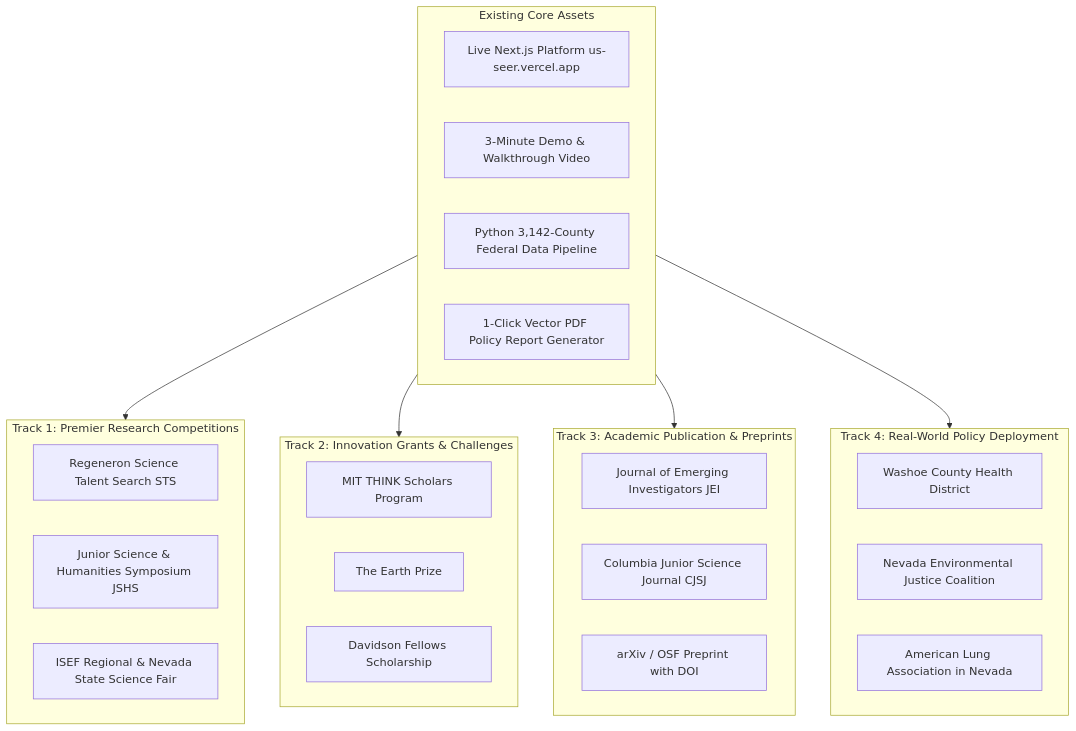
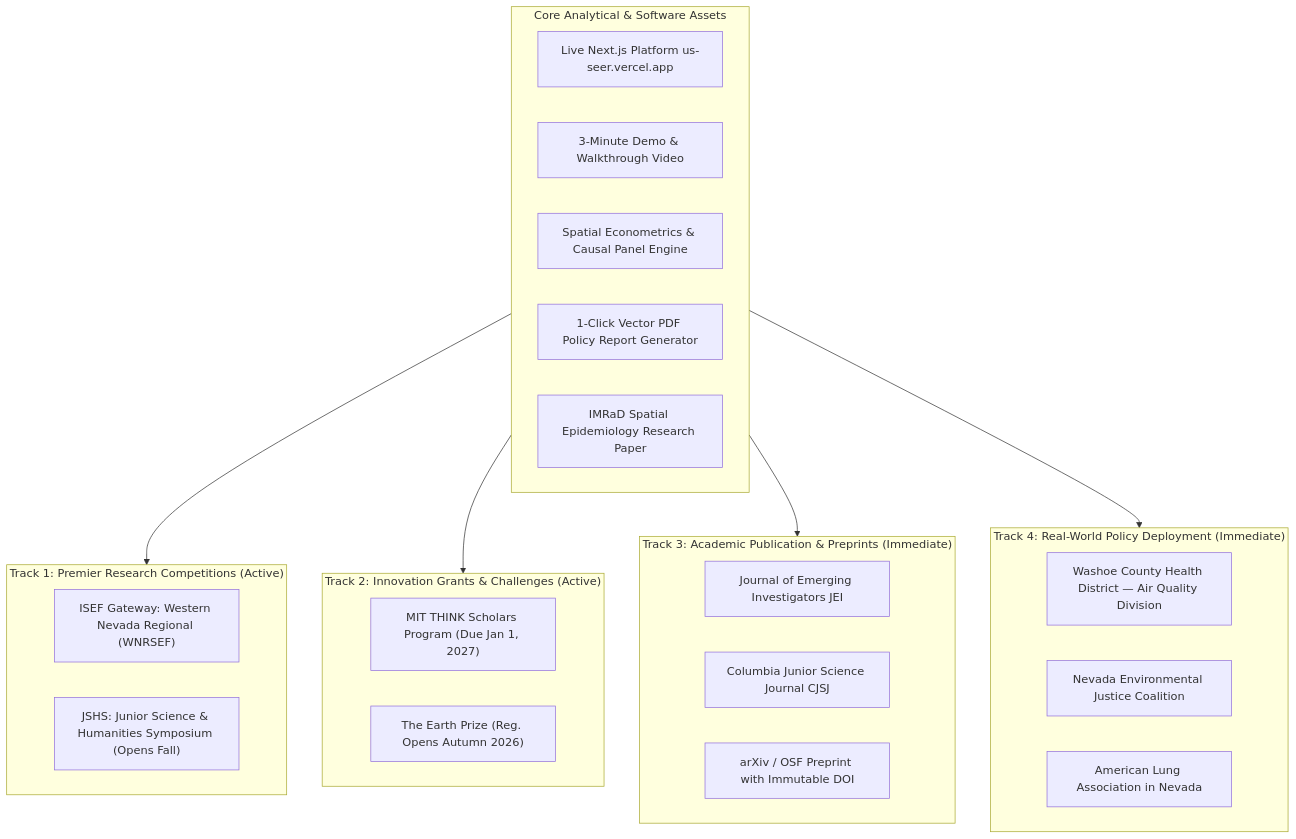
One commit to RushilMahadevu/us-seer changed the first of 3 diagrams in NEXT_STEPS.md. Above: the diagram before and after it, drawn with Mermaid. The commit also changed other lines of this file and 6 other files, not shown here.

````diff
--- a/NEXT_STEPS.md
+++ b/NEXT_STEPS.md
@@ -17,38 +17,37 @@
 ```mermaid
 flowchart TD
-    subgraph Assets["Existing Core Assets"]
+    subgraph Assets["Core Analytical & Software Assets"]
         A1[Live Next.js Platform us-seer.vercel.app]
         A2[3-Minute Demo & Walkthrough Video]
-        A3[Python 3,142-County Federal Data Pipeline]
+        A3[Spatial Econometrics & Causal Panel Engine]
         A4[1-Click Vector PDF Policy Report Generator]
+        A5[IMRaD Spatial Epidemiology Research Paper]
     end
 
-    subgraph Track1["Track 1: Premier Research Competitions"]
-        T1_1[Regeneron Science Talent Search STS]
-        T1_2[Junior Science & Humanities Symposium JSHS]
-        T1_3[ISEF Regional & Nevada State Science Fair]
+    subgraph Track1["Track 1: Premier Research Competitions (Active)"]
+        T1_1["ISEF Gateway: Western Nevada Regional (WNRSEF)"]
+        T1_2["JSHS: Junior Science & Humanities Symposium (Opens Fall)"]
     end
 
-    subgraph Track2["Track 2: Innovation Grants & Challenges"]
-        T2_1[MIT THINK Scholars Program]
-        T2_2[The Earth Prize]
-        T2_3[Davidson Fellows Scholarship]
+    subgraph Track2["Track 2: Innovation Grants & Challenges (Active)"]
+        T2_1["MIT THINK Scholars Program (Due Jan 1, 2027)"]
+        T2_2["The Earth Prize (Reg. Opens Autumn 2026)"]
     end
 
-    subgraph Track3["Track 3: Academic Publication & Preprints"]
+    subgraph Track3["Track 3: Academic Publication & Preprints (Immediate)"]
         T3_1[Journal of Emerging Investigators JEI]
         T3_2[Columbia Junior Science Journal CJSJ]
-        T3_3[arXiv / OSF Preprint with DOI]
+        T3_3[arXiv / OSF Preprint with Immutable DOI]
     end
 
-    subgraph Track4["Track 4: Real-World Policy Deployment"]
-        T4_1[Washoe County Health District]
+    subgraph Track4["Track 4: Real-World Policy Deployment (Immediate)"]
+        T4_1[Washoe County Health District — Air Quality Division]
         T4_2[Nevada Environmental Justice Coalition]
         T4_3[American Lung Association in Nevada]
     end
 
     Assets --> Track1
     Assets --> Track2
     Assets --> Track3
     Assets --> Track4
 ```
````
